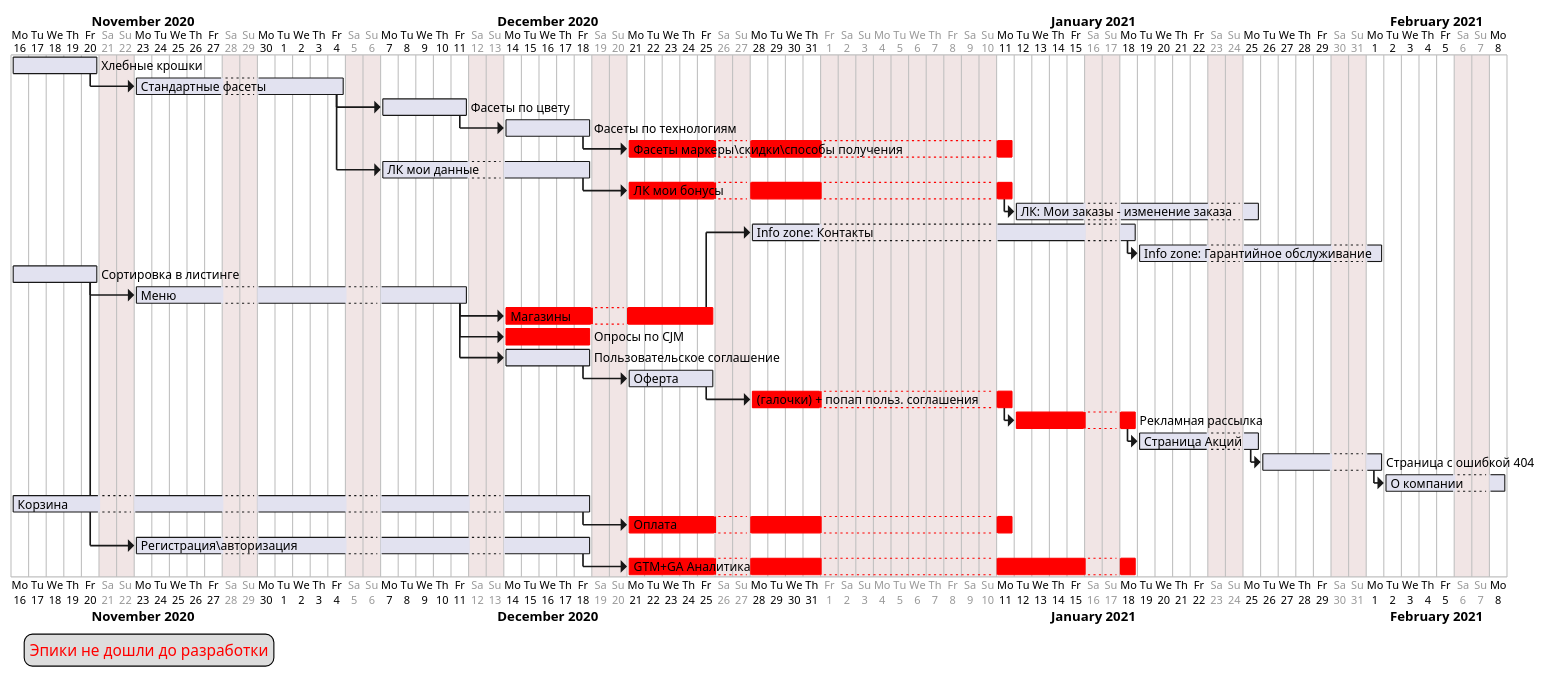
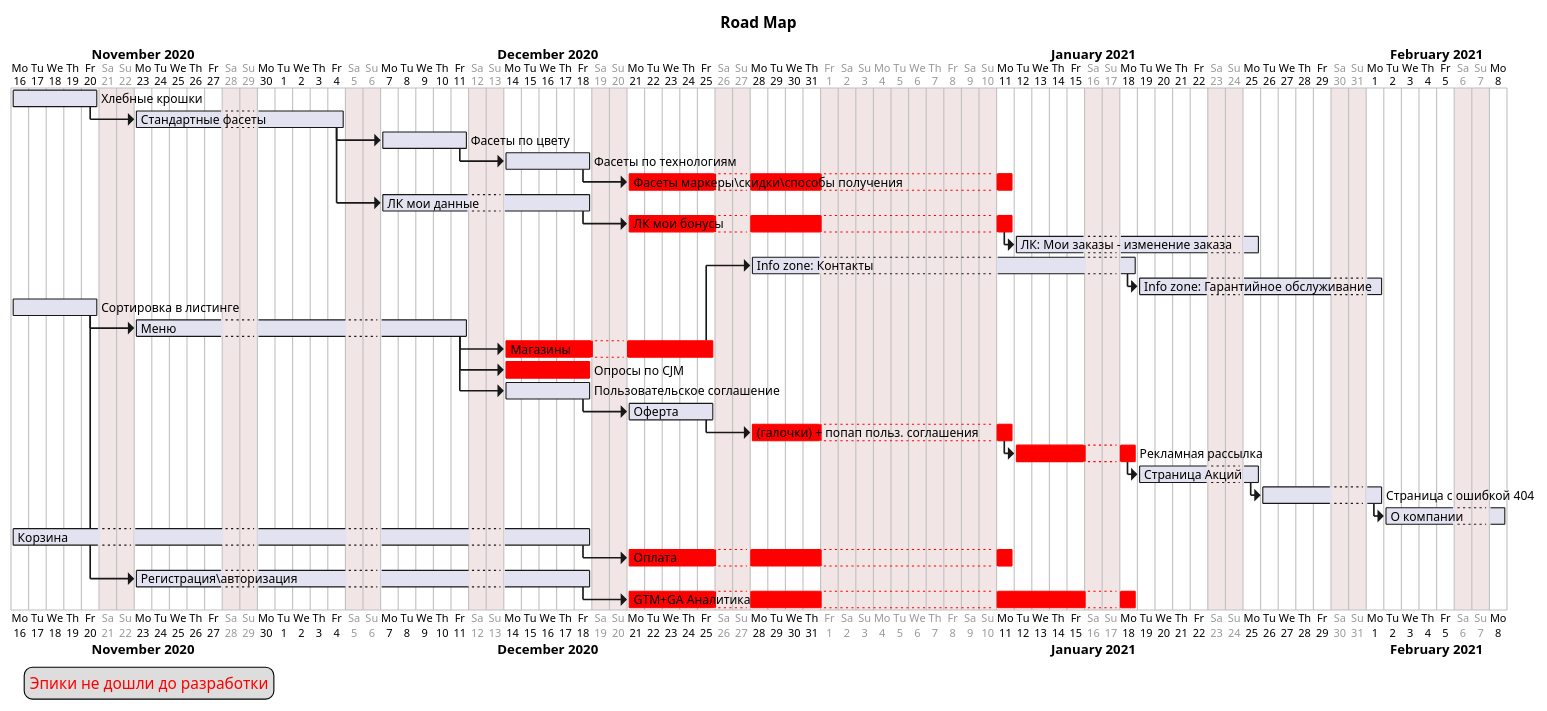
One commit to ViKt0R-K/plantuml changed the diagram in roadMap.puml. Above: the diagram before and after it, drawn with PlantUML.

Commit message:
добавил title

```diff
--- a/roadMap.puml
+++ b/roadMap.puml
@@ -1,77 +1,80 @@
 @startgantt
+
+title Road Map
+
 project starts the 2020/11/16
 saturday are closed
 sunday are closed
 '2020/12/09 is closed
 2021/01/01 to 2021/01/10 is closed
 
 [Хлебные крошки] as [categoryBranch] lasts 1 week
 [Стандартные фасеты] as [fasets] lasts 2 week
 [Фасеты по цвету] as [fasetsC] lasts 1 week
 [Фасеты по технологиям] as [fasetsT] lasts 1 week
 [Фасеты маркеры\скидки\способы получения] as [fasetsH] lasts 2 week
 
 [ЛК мои данные] as [userHome] lasts 2 week
 [ЛК мои бонусы] as [userBonus] lasts 2 week
 [ЛК: Мои заказы - изменение заказа] as [order] lasts 2 week
 [Info zone: Контакты] as [Info_zone_K] lasts 2 week
 [Info zone: Гарантийное обслуживание​] as [Info_zone_G] lasts 2 week
 
 [Сортировка в листинге] as [sort] lasts 1 week
 [Меню] as [menu] lasts 3 week
 [Магазины] as [store] lasts 2 week
 [Опросы по CJM] as [cjm] lasts 1 week
 [Пользовательское соглашение] as [privacy] lasts 1 week
 [Оферта] as [oferta] lasts 1 week
 [(галочки) + попап польз. соглашения] as [privacyPopUp] lasts 1 week
 [Рекламная рассылка] as [promo] lasts 1 week
 [Страница Акций] as [action] lasts 1 week
 [Страница с ошибкой 404] as [404] lasts 1 week
 [О компании] as [about] lasts 1 week
 
 [Корзина] as [cart] lasts 5 week
 [Оплата] as [checkout] lasts 2 week
 
 [Регистрация\авторизация] as [auth] lasts 4 week
 [GTM+GA Аналитика] as [gtmGa] lasts 3 week
 
 [fasetsH] is colored in red
 [store] is colored in red
 [userBonus] is colored in red
 [cjm] is colored in red
 [privacyPopUp] is colored in red
 [promo] is colored in red
 [gtmGa] is colored in red
 [checkout] is colored in red
 
 [categoryBranch]->[fasets]
 [fasets]->[fasetsC]
 [fasetsC]->[fasetsT]
 [fasetsT]->[fasetsH]
 [fasets]->[userHome]
 [userHome]->[userBonus]
 [userBonus]->[order]
 
 [sort]->[menu]
 [menu]->[store]
 [store]->[Info_zone_K]
 [Info_zone_K]->[Info_zone_G]
 [menu]->[cjm]
 [menu]->[privacy]
 [privacy]->[oferta]
 [oferta]->[privacyPopUp]
 [privacyPopUp]-> [promo]
 [promo]-> [action]
 [action]-> [404]
 [404]-> [about]
 
 [cart]->[checkout]
 
 [sort]->[auth]
 [auth]->[gtmGa]
 
 legend left
 <font color=red>Эпики не дошли до разработки</font>
 endlegend
 
 @endgantt
```
